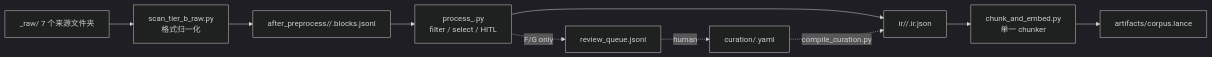
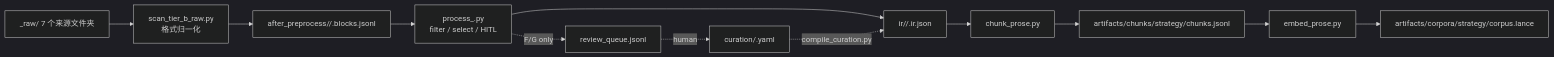
Before and after one commit to shanghuaye504-byte/godot3_to_4_migration_agent: the diagram in rag/vault/tier_b_prose/CHUNKING.md, drawn with Mermaid (dark theme). The commit also changed other lines of this file and 132 other files, not shown here.

````diff
--- a/rag/vault/tier_b_prose/CHUNKING.md
+++ b/rag/vault/tier_b_prose/CHUNKING.md
@@ -24,13 +24,15 @@
 ```mermaid
 flowchart LR
     raw["_raw/ 7 个来源文件夹"] --> scanner["scan_tier_b_raw.py<br/>格式归一化"]
     scanner --> ap["after_preprocess/<bucket>/<file>.blocks.jsonl"]
     ap --> proc["process_<bucket>.py<br/>filter / select / HITL"]
     proc --> ir["ir/<bucket>/<file>.ir.json"]
-    ir --> chunker["chunk_and_embed.py<br/>单一 chunker"]
-    chunker --> lance["artifacts/corpus.lance"]
+    ir --> chunker["chunk_prose.py"]
+    chunker --> jsonl["artifacts/chunks/strategy/chunks.jsonl"]
+    jsonl --> embedder["embed_prose.py"]
+    embedder --> lance["artifacts/corpora/strategy/corpus.lance"]
 
     proc -.->|F/G only| queue["review_queue.jsonl"]
     queue -.->|human| curation["curation/<stem>.yaml"]
     curation -.->|compile_curation.py| ir
 ```
````
